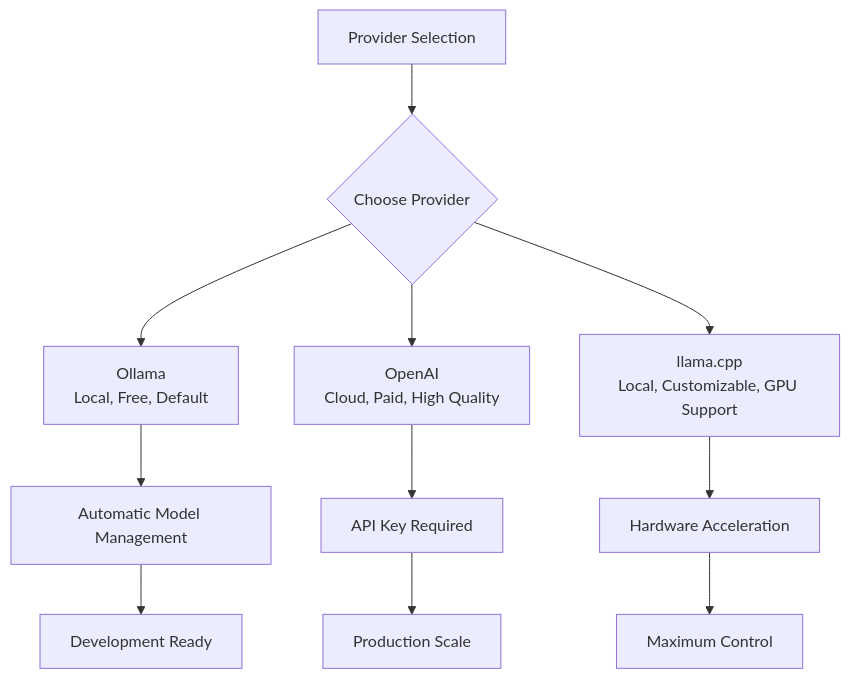
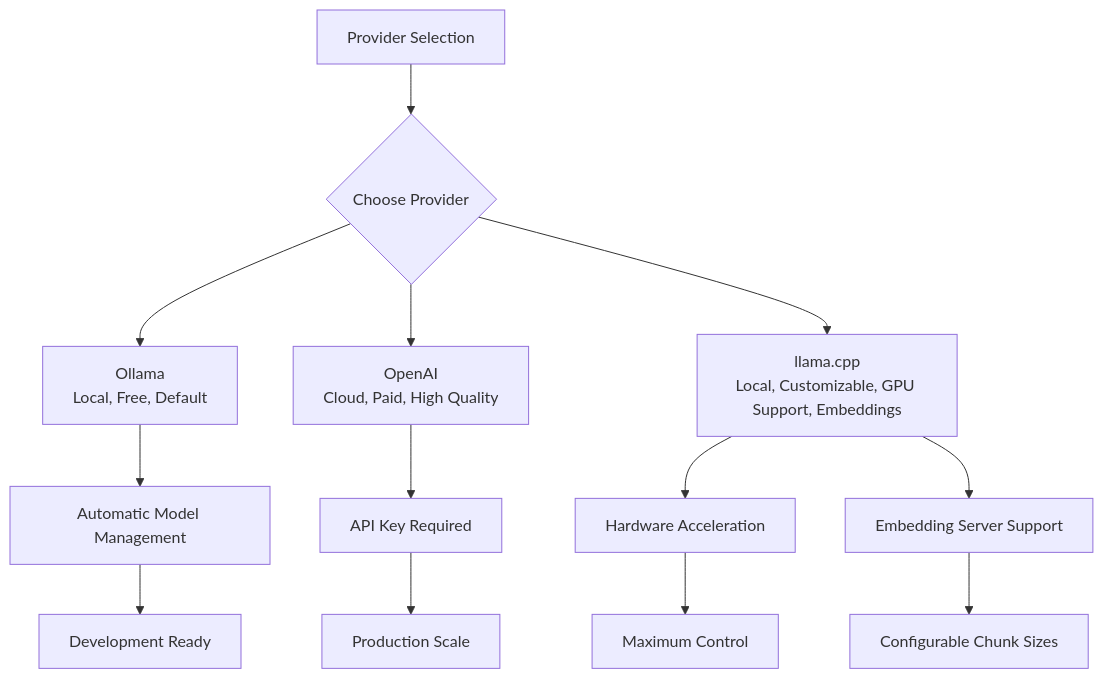
One commit to ognelis/cafetera_hr_bot changed the first of 9 diagrams in .qoder/repowiki/en/content/Configuration Management/LLM Providers Configuration.md. Above: the diagram before and after it, drawn with Mermaid. The commit also changed other lines of this file and 6 other files, not shown here.

````diff
--- a/.qoder/repowiki/en/content/Configuration Management/LLM Providers Configuration.md
+++ b/.qoder/repowiki/en/content/Configuration Management/LLM Providers Configuration.md
@@ -72,13 +75,15 @@
 ```mermaid
 flowchart TD
 A["Provider Selection"] --> B{"Choose Provider"}
 B --> C["Ollama<br/>Local, Free, Default"]
 B --> D["OpenAI<br/>Cloud, Paid, High Quality"]
-B --> E["llama.cpp<br/>Local, Customizable, GPU Support"]
+B --> E["llama.cpp<br/>Local, Customizable, GPU Support, Embeddings"]
 C --> F["Automatic Model Management"]
 D --> G["API Key Required"]
 E --> H["Hardware Acceleration"]
-F --> I["Development Ready"]
-G --> J["Production Scale"]
-H --> K["Maximum Control"]
+E --> I["Embedding Server Support"]
+F --> J["Development Ready"]
+G --> K["Production Scale"]
+H --> L["Maximum Control"]
+I --> M["Configurable Chunk Sizes"]
 ```
````
